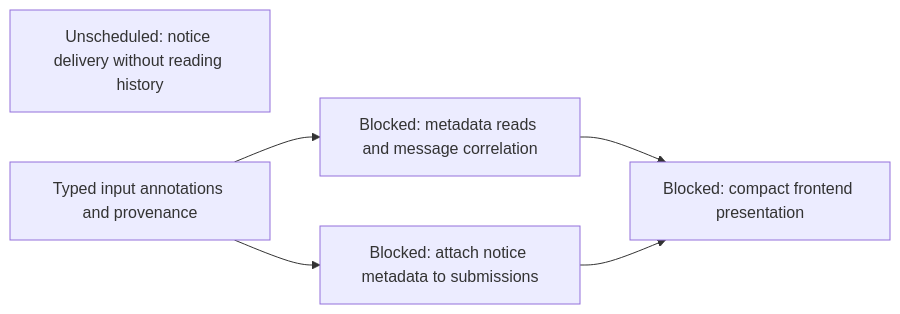
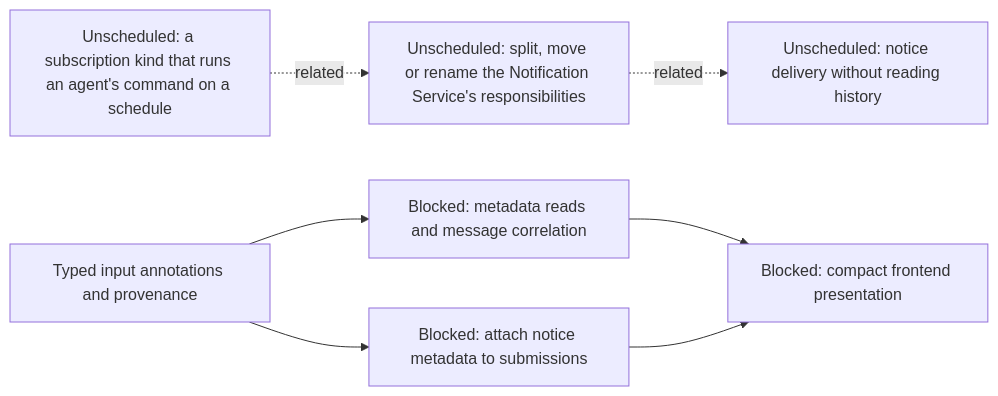
Before and after one commit to agentydragon-agent/ducktape: the second of 16 diagrams in agentplane/plans/task_dag.md, drawn with Mermaid. The commit also changed other lines of this file and 18 other files, not shown here.

First line of the commit message:
DAG: Bazel in boxes, Notification Service restructuring, command-watch subscriptions (#10437)

````diff
--- a/agentplane/plans/task_dag.md
+++ b/agentplane/plans/task_dag.md
@@ -36,12 +37,16 @@
 ```mermaid
 flowchart LR
     NOTIFICATION_COMMAND_OUTCOME_DESIGN[Unscheduled: notice delivery without reading history]
+    NOTIFICATION_SERVICE_SPLIT[Unscheduled: split, move or rename the Notification Service's responsibilities]
+    NOTIFICATION_SERVICE_SPLIT -. related .-> NOTIFICATION_COMMAND_OUTCOME_DESIGN
+    COMMAND_WATCH_SUBSCRIPTION_DESIGN[Unscheduled: a subscription kind that runs an agent's command on a schedule]
+    COMMAND_WATCH_SUBSCRIPTION_DESIGN -. related .-> NOTIFICATION_SERVICE_SPLIT
     SESSION_INPUT_METADATA[Typed input annotations and provenance]
     SESSION_INPUT_METADATA_READ[Blocked: metadata reads and message correlation]
     NOTIFICATION_NOTICE_METADATA[Blocked: attach notice metadata to submissions]
     NOTIFICATION_PRESENTATION[Blocked: compact frontend presentation]
     SESSION_INPUT_METADATA --> SESSION_INPUT_METADATA_READ
     SESSION_INPUT_METADATA --> NOTIFICATION_NOTICE_METADATA
     SESSION_INPUT_METADATA_READ --> NOTIFICATION_PRESENTATION
     NOTIFICATION_NOTICE_METADATA --> NOTIFICATION_PRESENTATION
 ```
````
